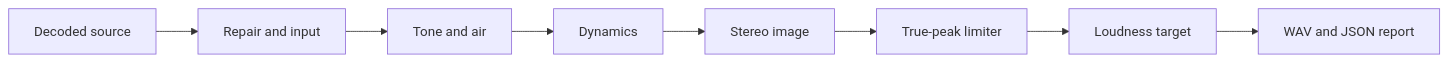
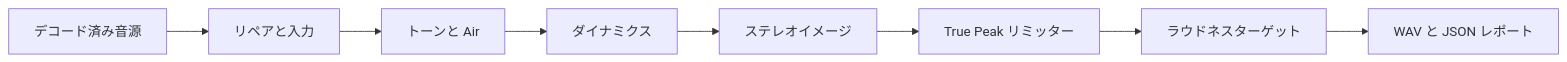
The diagram in src/ja/docs/glossary/mastering.md (libraz/libsonare-homepage), drawn with Mermaid before and after one commit. The commit also changed other lines of this file and 345 other files, not shown here.

````diff
--- a/src/ja/docs/glossary/mastering.md
+++ b/src/ja/docs/glossary/mastering.md
@@ -28,10 +28,10 @@
 ```mermaid
 flowchart LR
-  A[Decoded source] --> B[Repair and input]
-  B --> C[Tone and air]
-  C --> D[Dynamics]
-  D --> E[Stereo image]
-  E --> F[True-peak limiter]
-  F --> G[Loudness target]
-  G --> H[WAV and JSON report]
+  A[デコード済み音源] --> B[リペアと入力]
+  B --> C[トーンと Air]
+  C --> D[ダイナミクス]
+  D --> E[ステレオイメージ]
+  E --> F[True Peak リミッター]
+  F --> G[ラウドネスターゲット]
+  G --> H[WAV と JSON レポート]
 ```
````
